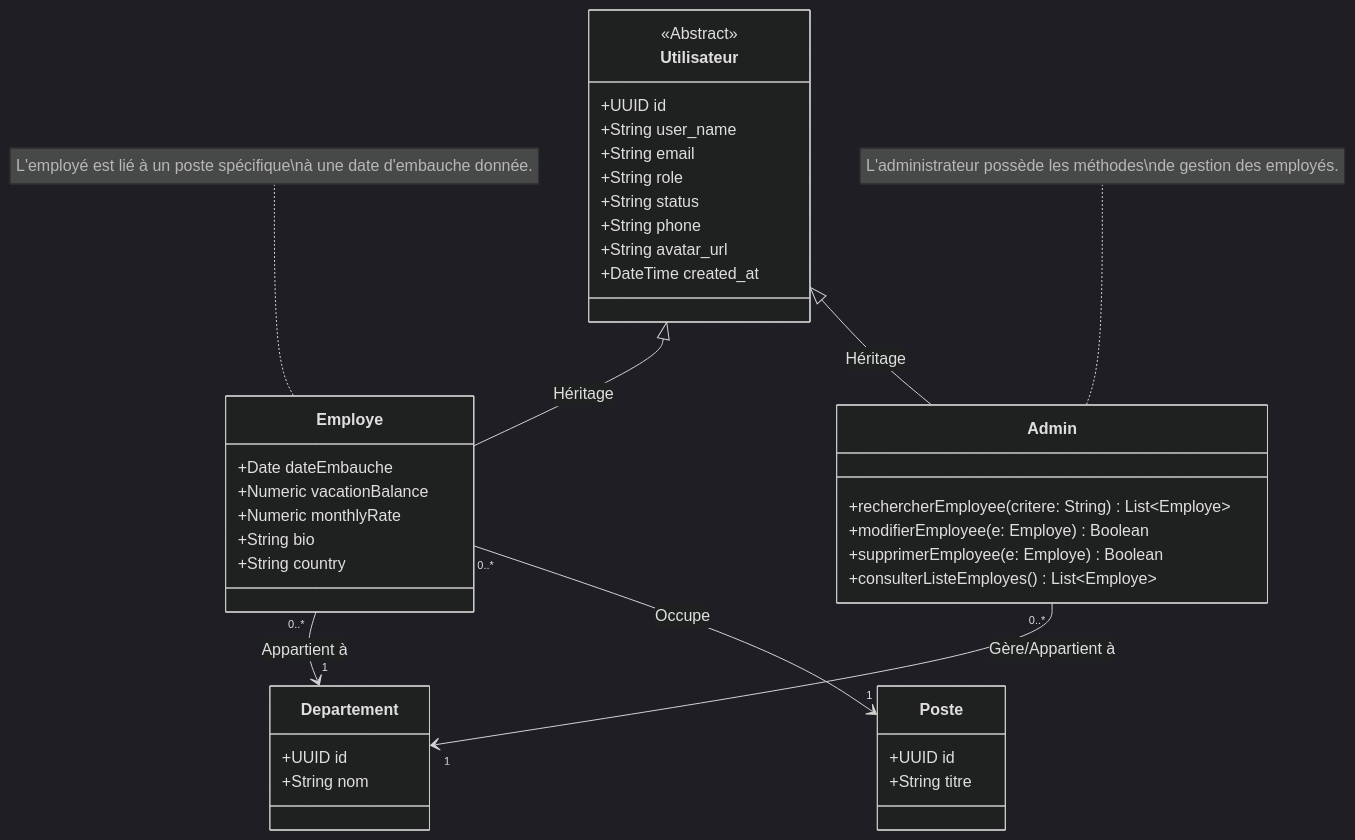
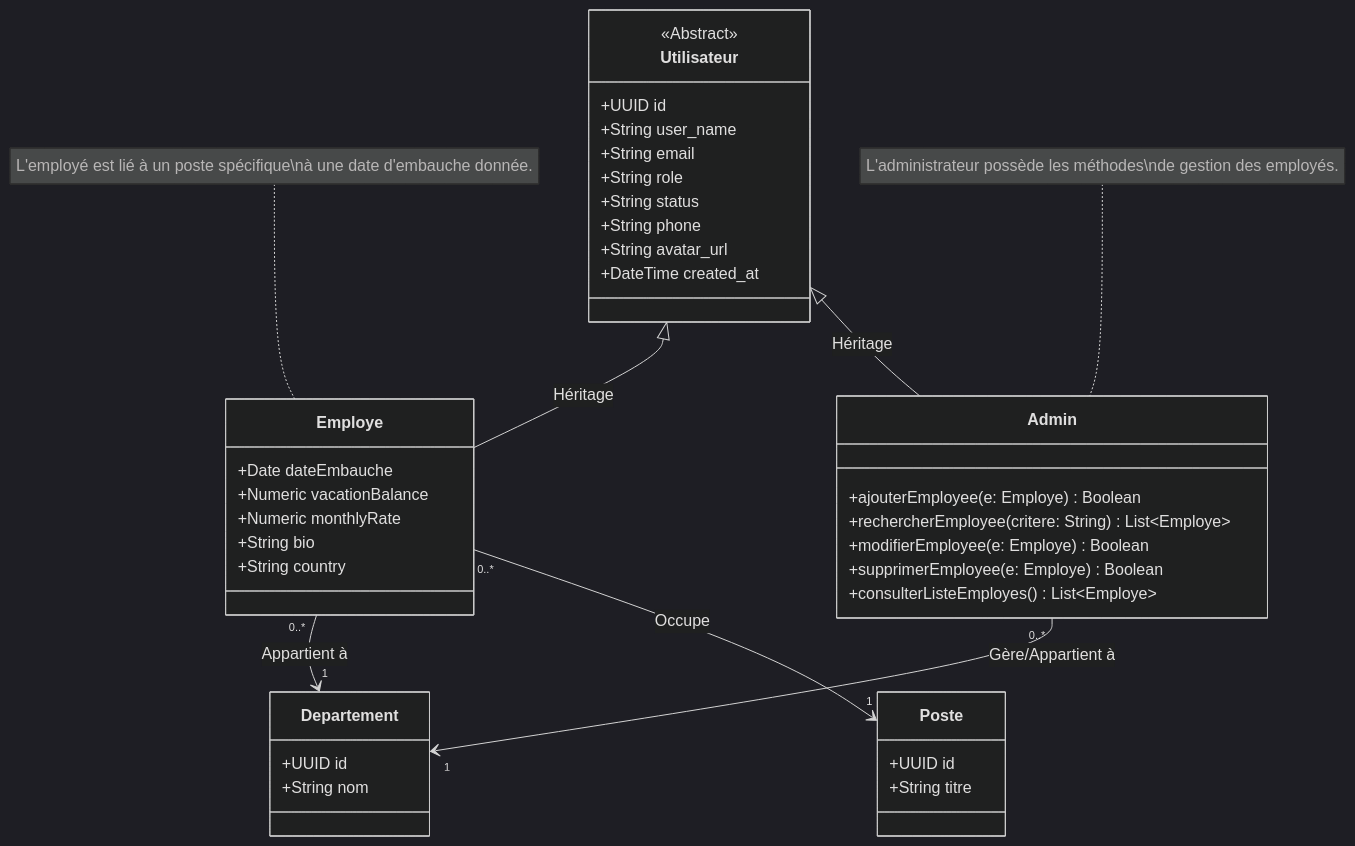
The diagram in diagramme_de_classe.md (Wissem-Amiri/PFE2026), drawn with Mermaid (dark theme) before and after one commit. The commit also changed other lines of this file and 40 other files, not shown here.

````diff
--- a/diagramme_de_classe.md
+++ b/diagramme_de_classe.md
@@ -5,49 +5,50 @@
 ```mermaid
 classDiagram
     class Utilisateur {
         <<Abstract>>
         +UUID id
         +String user_name
         +String email
         +String role
         +String status
         +String phone
         +String avatar_url
         +DateTime created_at
     }
 
     class Employe {
         +Date dateEmbauche
         +Numeric vacationBalance
         +Numeric monthlyRate
         +String bio
         +String country
     }
 
     class Admin {
+        +ajouterEmployee(e: Employe) Boolean
         +rechercherEmployee(critere: String) List~Employe~
         +modifierEmployee(e: Employe) Boolean
         +supprimerEmployee(e: Employe) Boolean
         +consulterListeEmployes() List~Employe~
     }
 
     class Departement {
         +UUID id
         +String nom
     }
 
     class Poste {
         +UUID id
         +String titre
     }
 
     Utilisateur <|-- Employe : Héritage
     Utilisateur <|-- Admin : Héritage
     
     Employe "0..*" --> "1" Departement : Appartient à
     Employe "0..*" --> "1" Poste : Occupe
     Admin "0..*" --> "1" Departement : Gère/Appartient à
 
     note for Admin "L'administrateur possède les méthodes\nde gestion des employés."
     note for Employe "L'employé est lié à un poste spécifique\nà une date d'embauche donnée."
 ```
````
